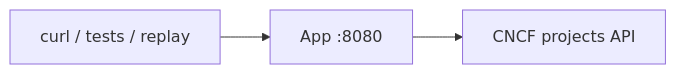
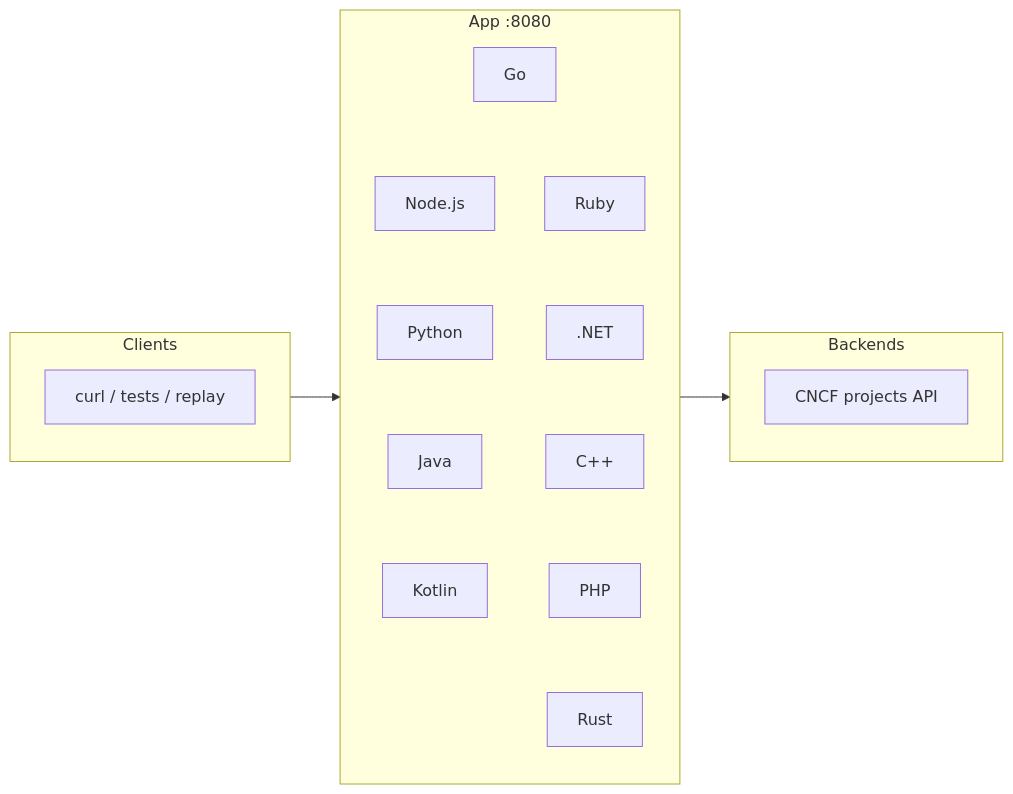
Before and after one commit to speedscale/mock-lab: the diagram in README.md, drawn with Mermaid.

Commit message:
docs: lay out README languages in two rows
Keep every runtime visible, but use a 2x5 grid instead of a tall stack that overflows on GitHub.

````diff
--- a/README.md
+++ b/README.md
@@ -12,4 +12,19 @@
 ```mermaid
 flowchart LR
-    clients["curl / tests / replay"] --> app["App :8080"] --> api["CNCF projects API"]
+    subgraph clients["Clients"]
+        c["curl / tests / replay"]
+    end
+
+    subgraph app["App :8080"]
+        direction TB
+        go[Go] ~~~ node["Node.js"] ~~~ python[Python] ~~~ java[Java] ~~~ kotlin[Kotlin]
+        ruby[Ruby] ~~~ dotnet[".NET"] ~~~ cpp["C++"] ~~~ php[PHP] ~~~ rust[Rust]
+        go ~~~ ruby
+    end
+
+    subgraph backends["Backends"]
+        api["CNCF projects API"]
+    end
+
+    clients --> app --> backends
 ```
````
